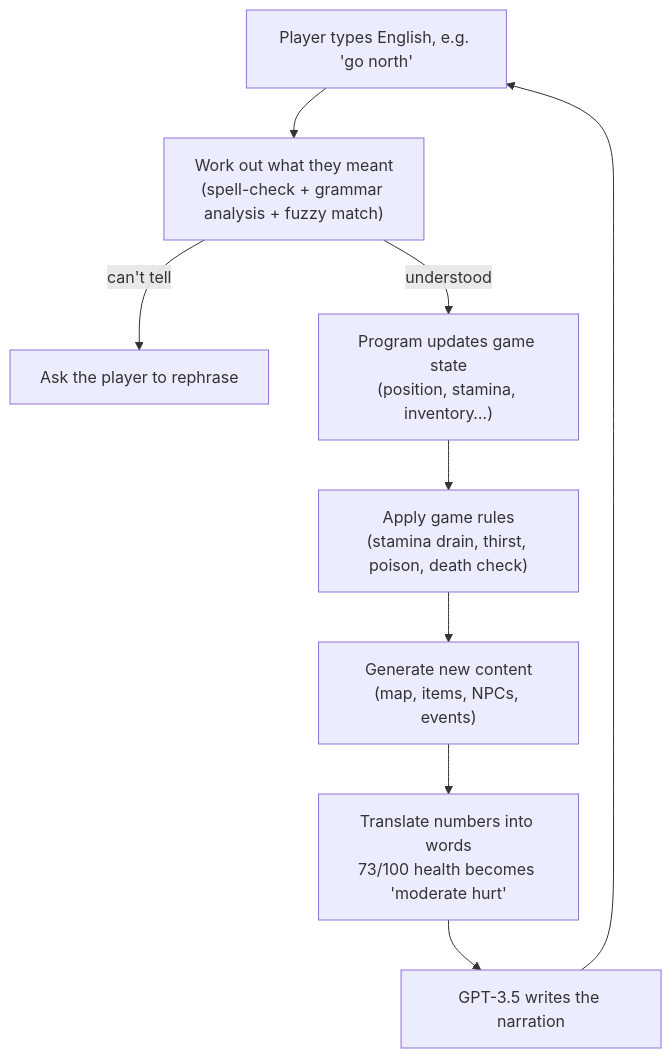
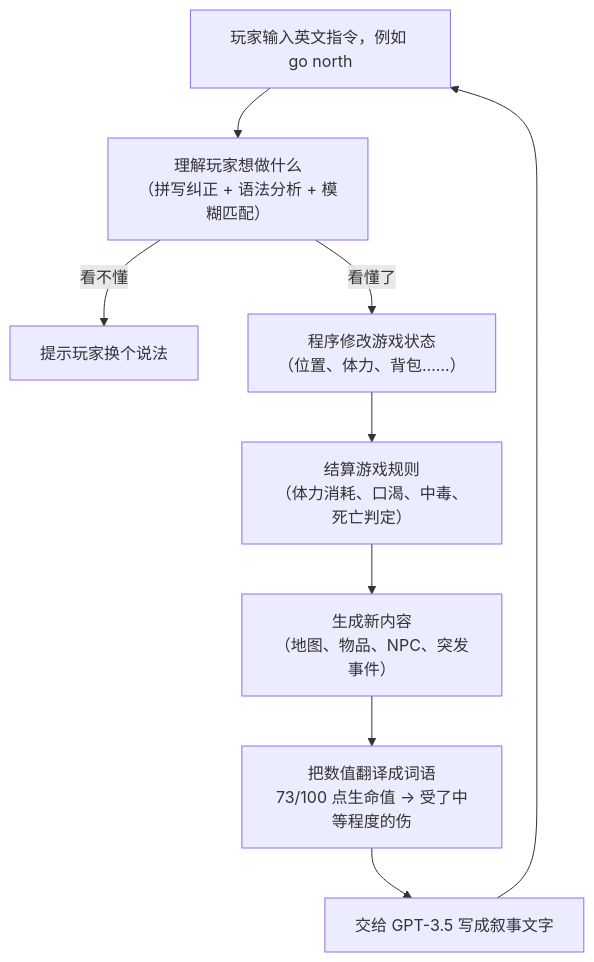
One commit to keepOrCounter/Third_year_project_IFadGame changed the diagram in README.md. Above: the diagram before and after it, drawn with Mermaid. The commit also changed other lines of this file and 4 other files, not shown here.

````diff
--- a/README.md
+++ b/README.md
@@ -95,11 +88,11 @@
 ```mermaid
 flowchart TD
-    A["Player types English, e.g. 'go north'"] --> B["Work out what they meant<br/>(spell-check + grammar analysis + fuzzy match)"]
-    B -->|"can't tell"| Z["Ask the player to rephrase"]
-    B -->|"understood"| C["Program updates game state<br/>(position, stamina, inventory…)"]
-    C --> D["Apply game rules<br/>(stamina drain, thirst, poison, death check)"]
-    D --> E["Generate new content<br/>(map, items, NPCs, events)"]
-    E --> F["Translate numbers into words<br/>73/100 health becomes 'moderate hurt'"]
-    F --> G["GPT-3.5 writes the narration"]
+    A["玩家输入英文指令，例如 go north"] --> B["理解玩家想做什么<br/>（拼写纠正 + 语法分析 + 模糊匹配）"]
+    B -->|"看不懂"| Z["提示玩家换个说法"]
+    B -->|"看懂了"| C["程序修改游戏状态<br/>（位置、体力、背包……）"]
+    C --> D["结算游戏规则<br/>（体力消耗、口渴、中毒、死亡判定）"]
+    D --> E["生成新内容<br/>（地图、物品、NPC、突发事件）"]
+    E --> F["把数值翻译成词语<br/>73/100 点生命值 → 受了中等程度的伤"]
+    F --> G["交给 GPT-3.5 写成叙事文字"]
     G --> A
 ```
````
